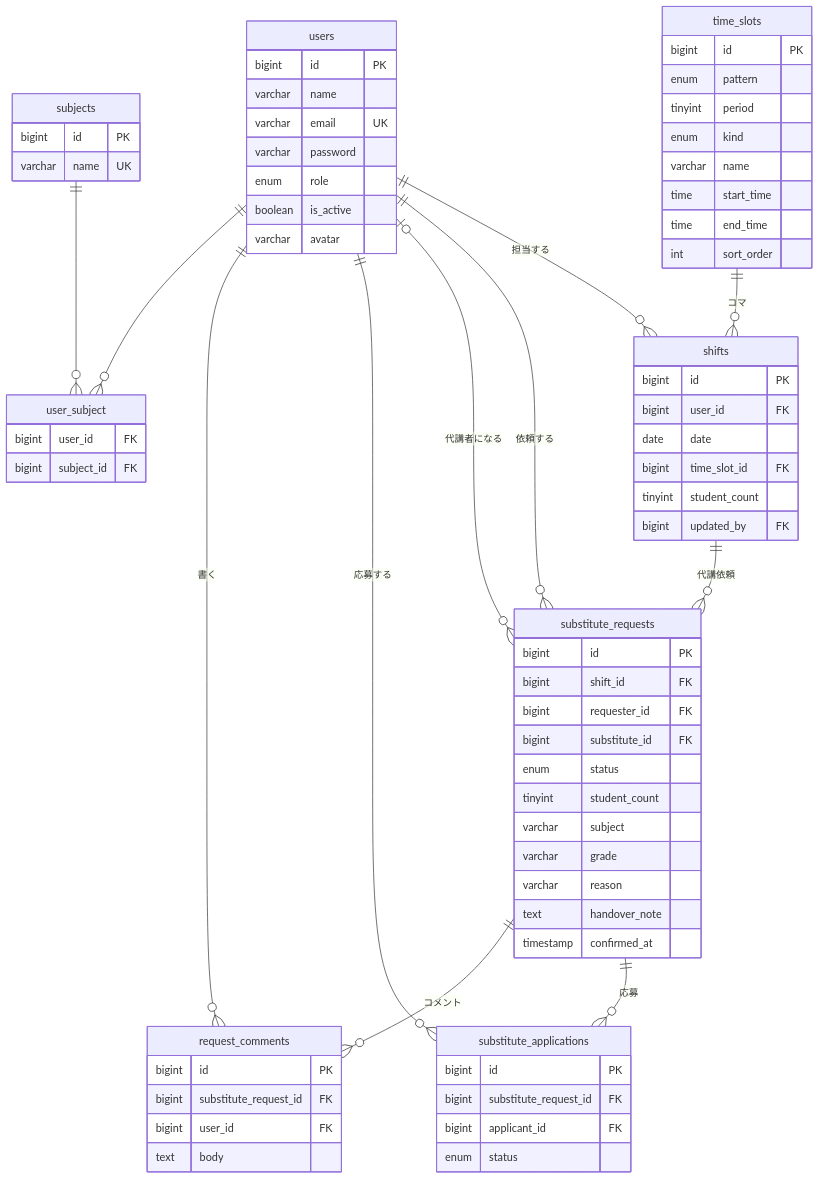
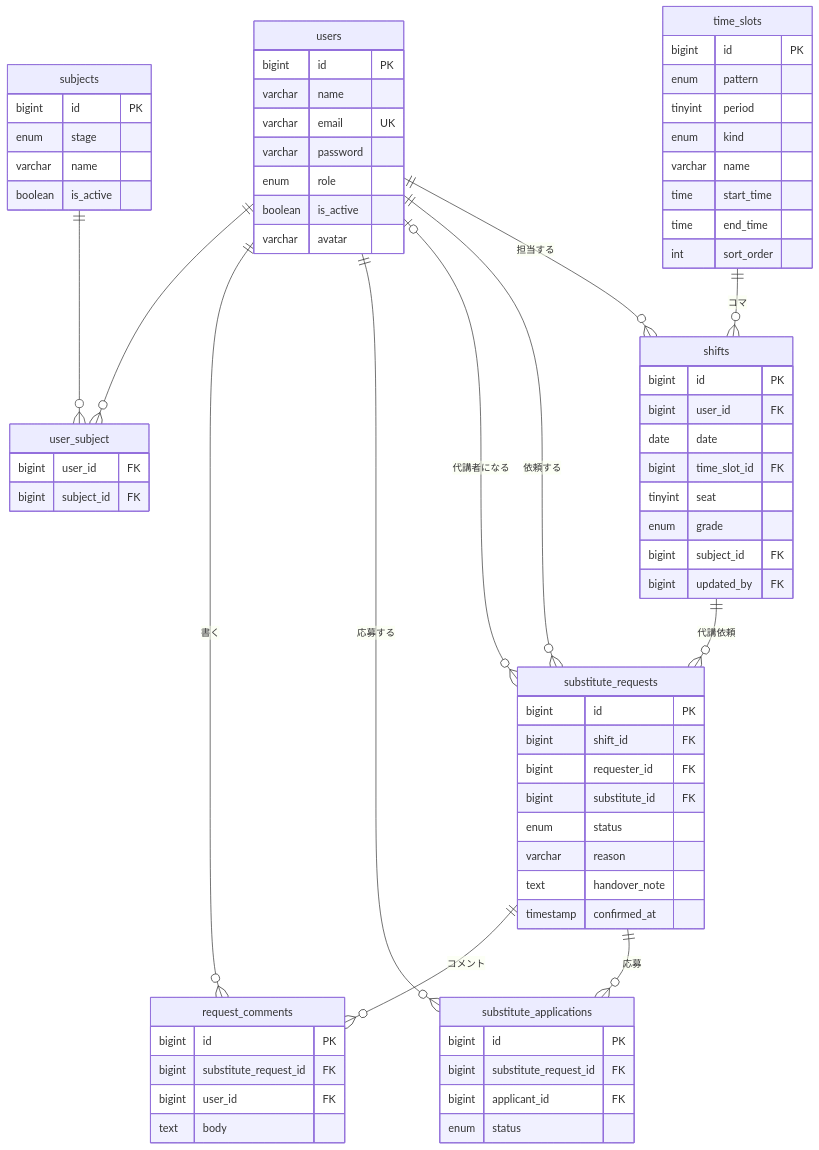
Before and after one commit to tomoki-omigawa-tech/daikolink: the diagram in docs/design/02_database-design.md, drawn with Mermaid. The commit also changed other lines of this file and 15 other files, not shown here.

````diff
--- a/docs/design/02_database-design.md
+++ b/docs/design/02_database-design.md
@@ -4,75 +4,76 @@
 ```mermaid
 erDiagram
     users ||--o{ shifts : "担当する"
     time_slots ||--o{ shifts : "コマ"
     shifts ||--o{ substitute_requests : "代講依頼"
     users ||--o{ substitute_requests : "依頼する"
     users |o--o{ substitute_requests : "代講者になる"
     substitute_requests ||--o{ substitute_applications : "応募"
     users ||--o{ substitute_applications : "応募する"
     substitute_requests ||--o{ request_comments : "コメント"
     users ||--o{ request_comments : "書く"
     users ||--o{ user_subject : ""
     subjects ||--o{ user_subject : ""
 
     users {
         bigint id PK
         varchar name
         varchar email UK
         varchar password
         enum role
         boolean is_active
         varchar avatar
     }
     time_slots {
         bigint id PK
         enum pattern
         tinyint period
         enum kind
         varchar name
         time start_time
         time end_time
         int sort_order
     }
     shifts {
         bigint id PK
         bigint user_id FK
         date date
         bigint time_slot_id FK
-        tinyint student_count
+        tinyint seat
+        enum grade
+        bigint subject_id FK
         bigint updated_by FK
     }
     substitute_requests {
         bigint id PK
         bigint shift_id FK
         bigint requester_id FK
         bigint substitute_id FK
         enum status
-        tinyint student_count
-        varchar subject
-        varchar grade
         varchar reason
         text handover_note
         timestamp confirmed_at
     }
     substitute_applications {
         bigint id PK
         bigint substitute_request_id FK
         bigint applicant_id FK
         enum status
     }
     request_comments {
         bigint id PK
         bigint substitute_request_id FK
         bigint user_id FK
         text body
     }
     subjects {
         bigint id PK
-        varchar name UK
+        enum stage
+        varchar name
+        boolean is_active
     }
     user_subject {
         bigint user_id FK
         bigint subject_id FK
     }
 ```
````
